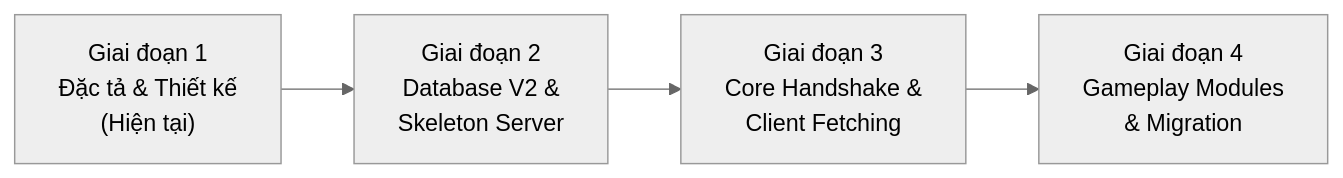
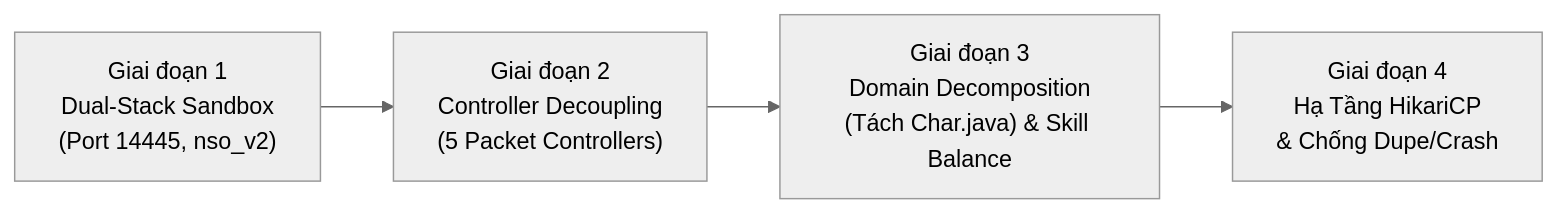
The second of 2 diagrams in docs/rework/00_MASTER_PLAN_REWORK_VA_KIEN_TRUC.md (RevenantKitana/NSO-server), drawn with Mermaid (neutral theme) before and after one commit. The commit also changed other lines of this file and 3 other files, not shown here.

````diff
--- a/docs/rework/00_MASTER_PLAN_REWORK_VA_KIEN_TRUC.md
+++ b/docs/rework/00_MASTER_PLAN_REWORK_VA_KIEN_TRUC.md
@@ -121,9 +125,9 @@
 ```mermaid
 flowchart LR
-    G1["Giai đoạn 1\nĐặc tả & Thiết kế\n(Hiện tại)"]
-    G2["Giai đoạn 2\nDatabase V2 &\nSkeleton Server"]
-    G3["Giai đoạn 3\nCore Handshake &\nClient Fetching"]
-    G4["Giai đoạn 4\nGameplay Modules\n& Migration"]
+    G1["Giai đoạn 1\nDual-Stack Sandbox\n(Port 14445, nso_v2)"]
+    G2["Giai đoạn 2\nController Decoupling\n(5 Packet Controllers)"]
+    G3["Giai đoạn 3\nDomain Decomposition\n(Tách Char.java) & Skill Balance"]
+    G4["Giai đoạn 4\nHạ Tầng HikariCP\n& Chống Dupe/Crash"]
 
     G1 --> G2 --> G3 --> G4
 ```
````
